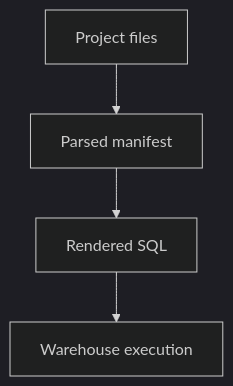
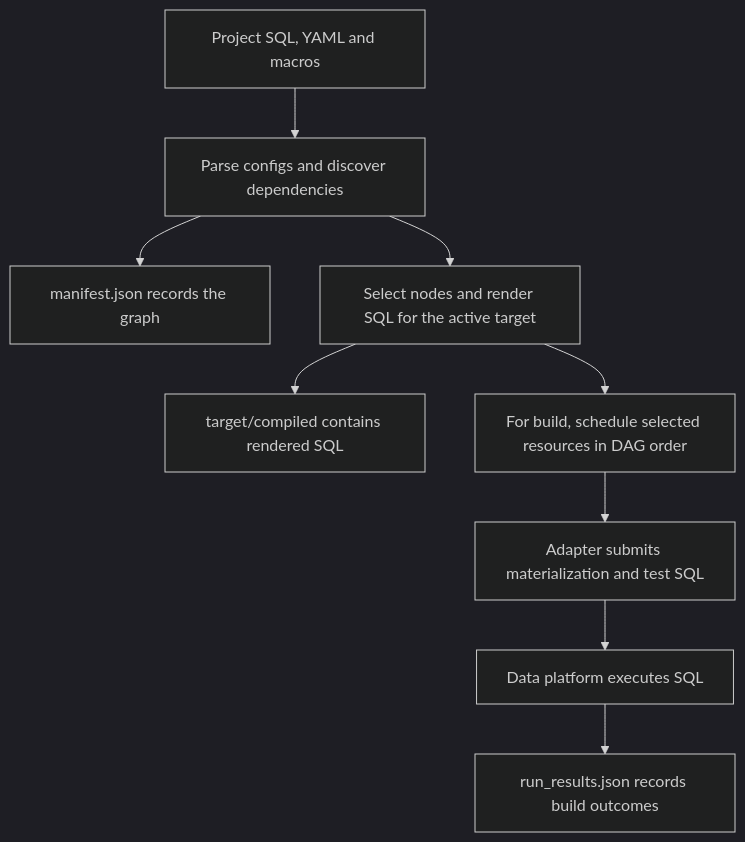
Before and after one commit to Rohit1024/dbt-learn: the diagram in docs/lessons/0002-dbt-core-v1-and-the-parse-to-run-lifecycle.md, drawn with Mermaid (dark theme). The commit also changed other lines of this file and 4 other files, not shown here.

````diff
--- a/docs/lessons/0002-dbt-core-v1-and-the-parse-to-run-lifecycle.md
+++ b/docs/lessons/0002-dbt-core-v1-and-the-parse-to-run-lifecycle.md
@@ -7,8 +5,11 @@
 ```mermaid
 flowchart TD
-    A["Project files"]
-    B["Parsed manifest"]
-    C["Rendered SQL"]
-    D["Warehouse execution"]
-    A --> B --> C --> D
+    A["Project SQL, YAML and macros"] --> B["Parse configs and discover dependencies"]
+    B --> M["manifest.json records the graph"]
+    B --> C["Select nodes and render SQL for the active target"]
+    C --> S["target/compiled contains rendered SQL"]
+    C --> D["For build, schedule selected resources in DAG order"]
+    D --> E["Adapter submits materialization and test SQL"]
+    E --> F["Data platform executes SQL"]
+    F --> R["run_results.json records build outcomes"]
 ```
````
